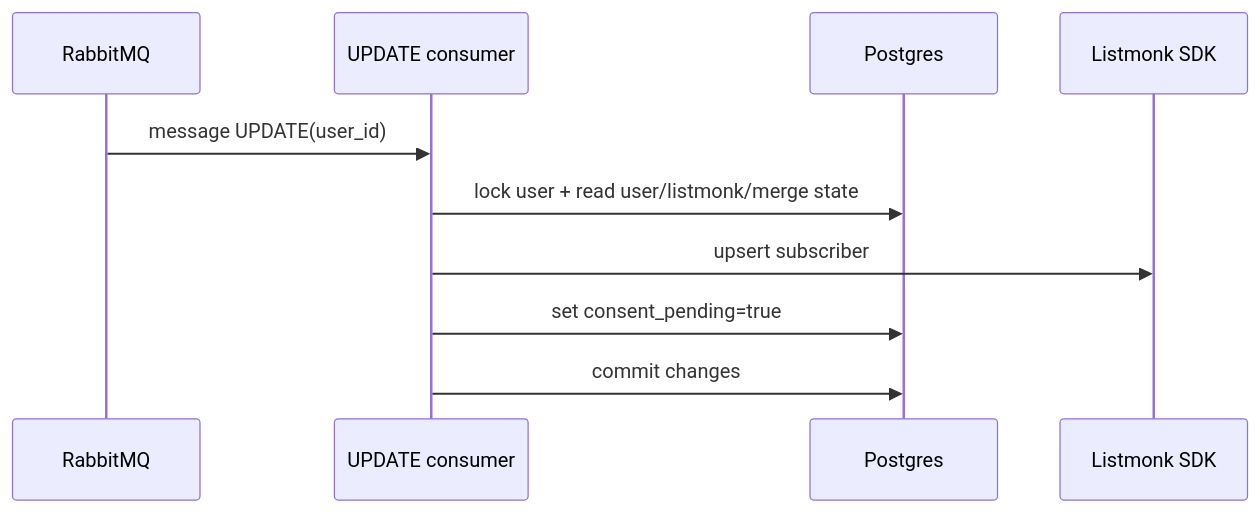
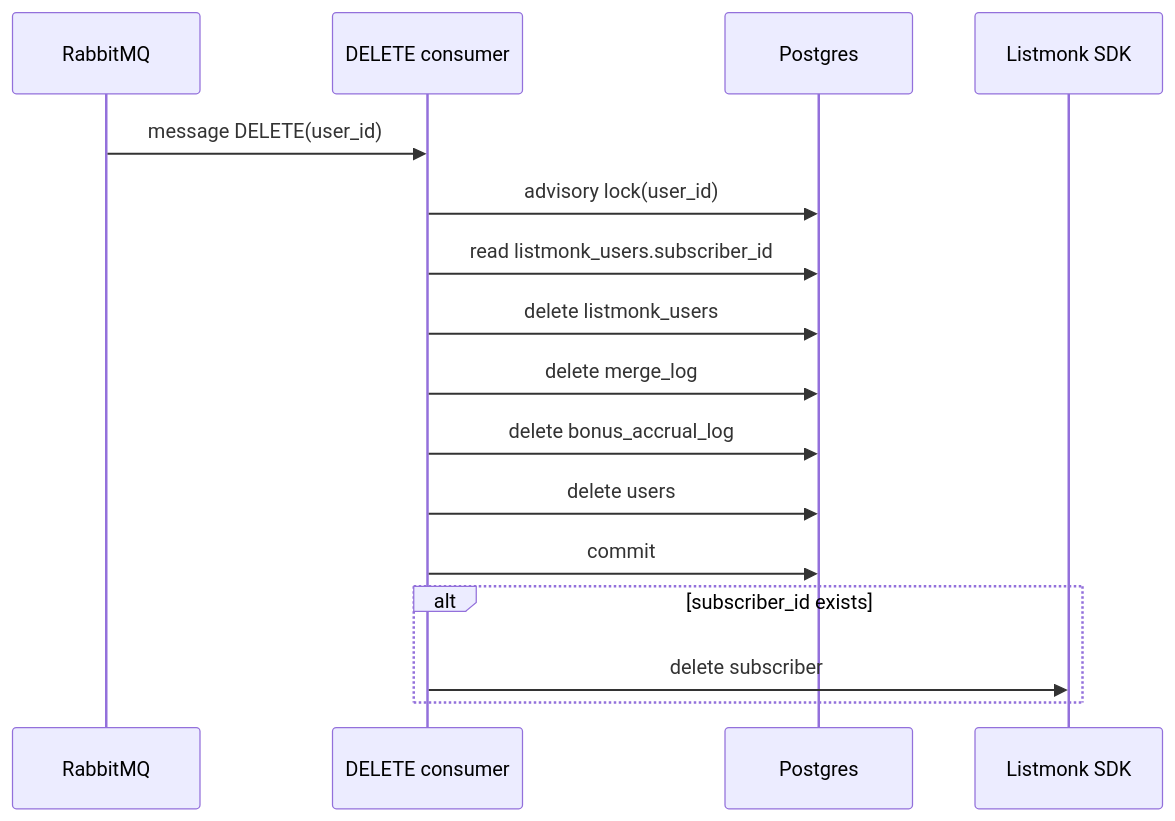
The fourth of 6 diagrams in docs/current-runtime-flow.md (Nikita-Silent/teyca-sync), drawn with Mermaid before and after one commit. The commit also changed other lines of this file and 40 other files, not shown here.

````diff
--- a/docs/current-runtime-flow.md
+++ b/docs/current-runtime-flow.md
@@ -89,13 +110,19 @@
 ```mermaid
 sequenceDiagram
     participant RMQ as RabbitMQ
-    participant U as UPDATE consumer
+    participant D as DELETE consumer
     participant DB as Postgres
     participant LM as Listmonk SDK
 
-    RMQ->>U: message UPDATE(user_id)
-    U->>DB: lock user + read user/listmonk/merge state
-    U->>LM: upsert subscriber
-    U->>DB: set consent_pending=true
-    U->>DB: commit changes
+    RMQ->>D: message DELETE(user_id)
+    D->>DB: advisory lock(user_id)
+    D->>DB: read listmonk_users.subscriber_id
+    D->>DB: delete listmonk_users
+    D->>DB: delete merge_log
+    D->>DB: delete bonus_accrual_log
+    D->>DB: delete users
+    D->>DB: commit
+    alt subscriber_id exists
+        D->>LM: delete subscriber
+    end
 ```
````
